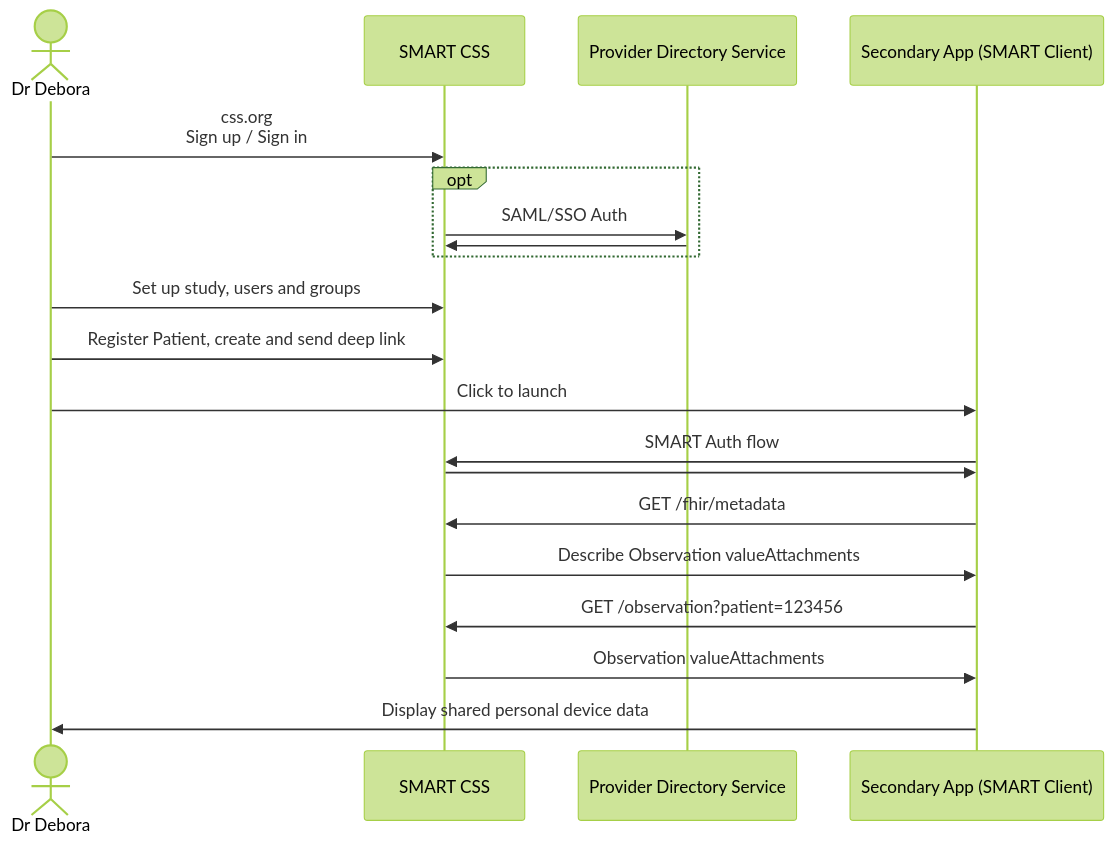
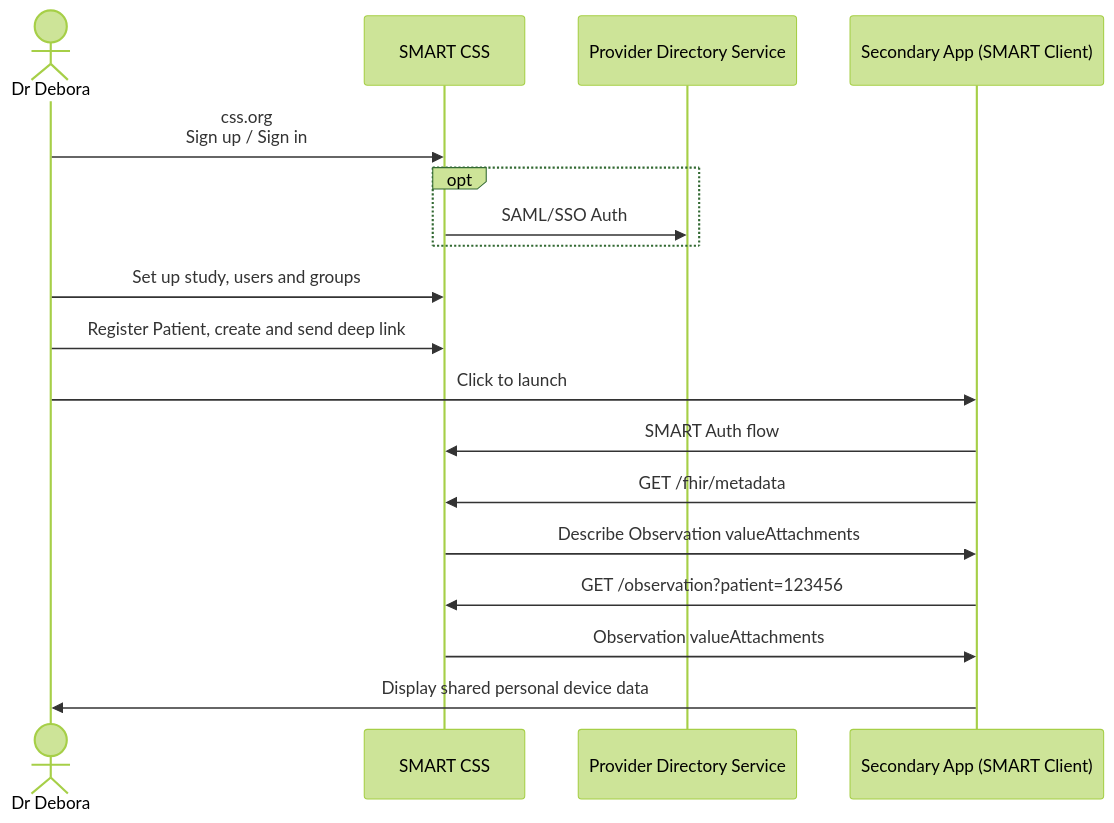
One commit to jupyterhealth/software-documentation changed the fourth of 5 diagrams in cloud-storage-reference-app.md. Above: the diagram before and after it, drawn with Mermaid (forest theme). The commit also changed other lines of this file, not shown here.

Commit message:
Removed lines where white space after colon is causing a conflict with myst in mermaid diagrams

````diff
--- a/cloud-storage-reference-app.md
+++ b/cloud-storage-reference-app.md
@@ -294,22 +292,20 @@
 ```mermaid
 sequenceDiagram
     actor Dr Debora
     participant SMART CSS
     participant Provider Directory Service
     participant Secondary App (SMART Client)
     Dr Debora->>SMART CSS: css.org<br/>Sign up / Sign in
     opt
         SMART CSS->>Provider Directory Service: SAML/SSO Auth
-        Provider Directory Service->>SMART CSS:  
     end
     Dr Debora->>SMART CSS: Set up study, users and groups
     Dr Debora->>SMART CSS: Register Patient, create and send deep link
     Dr Debora->>Secondary App (SMART Client): Click to launch
     Secondary App (SMART Client)->>SMART CSS: SMART Auth flow
-    SMART CSS->>Secondary App (SMART Client):  
     Secondary App (SMART Client)->>SMART CSS: GET /fhir/metadata
     SMART CSS->>Secondary App (SMART Client): Describe Observation valueAttachments
     Secondary App (SMART Client)->>SMART CSS: GET /observation?patient=123456
     SMART CSS->>Secondary App (SMART Client): Observation valueAttachments
     Secondary App (SMART Client)->>Dr Debora: Display shared personal device data
 ```
````
